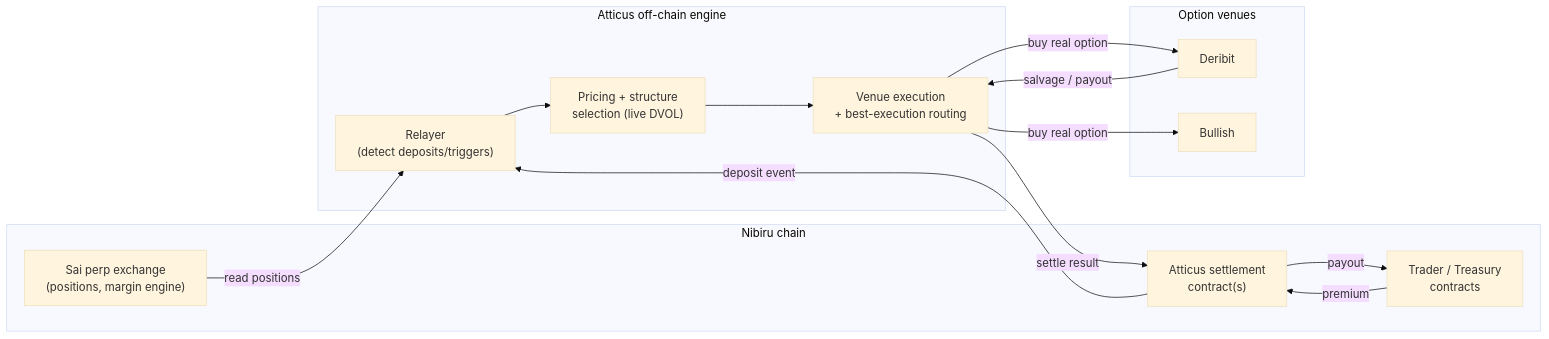
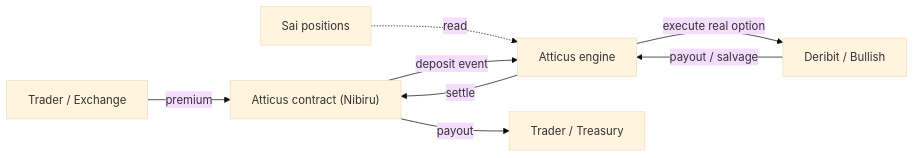
The first of 2 diagrams in docs/SAI_NIBIRU_INTEGRATION.md (atticusNew/Foxify_Collar), drawn with Mermaid (base theme) before and after one commit. The commit also changed other lines of this file, not shown here.

Commit message:
docs(sai): iterate — formal technical-doc voice, terminology box, illustrative API sketch (interface-level, engine kept proprietary), consolidated diagrams; remove what's-not-built/next-steps

````diff
--- a/docs/SAI_NIBIRU_INTEGRATION.md
+++ b/docs/SAI_NIBIRU_INTEGRATION.md
@@ -194,26 +181,10 @@
 ```mermaid
 flowchart LR
-  subgraph Nibiru["Nibiru chain"]
-    SAI["Sai perp exchange<br/>(positions, margin engine)"]
-    AC["Atticus settlement<br/>contract(s)"]
-    TR["Trader / Treasury<br/>contracts"]
-  end
-  subgraph Atticus["Atticus off-chain engine"]
-    RELAY["Relayer<br/>(detect deposits/triggers)"]
-    PRICE["Pricing + structure<br/>selection (live DVOL)"]
-    EXEC["Venue execution<br/>+ best-execution routing"]
-  end
-  subgraph Venues["Option venues"]
-    DV["Deribit"]
-    BU["Bullish"]
-  end
-  SAI -- "read positions" --> RELAY
-  TR -- "premium" --> AC
-  AC -- "deposit event" --> RELAY
-  RELAY --> PRICE --> EXEC
-  EXEC -- "buy real option" --> DV
-  EXEC -- "buy real option" --> BU
-  DV -- "salvage / payout" --> EXEC
-  EXEC -- "settle result" --> AC
-  AC -- "payout" --> TR
+  Payer["Trader / Exchange"] -- premium --> C["Atticus contract (Nibiru)"]
+  Sai["Sai positions"] -. read .-> E["Atticus engine"]
+  C -- deposit event --> E
+  E -- execute real option --> V["Deribit / Bullish"]
+  V -- payout / salvage --> E
+  E -- settle --> C
+  C -- payout --> Payee["Trader / Treasury"]
 ```
````
